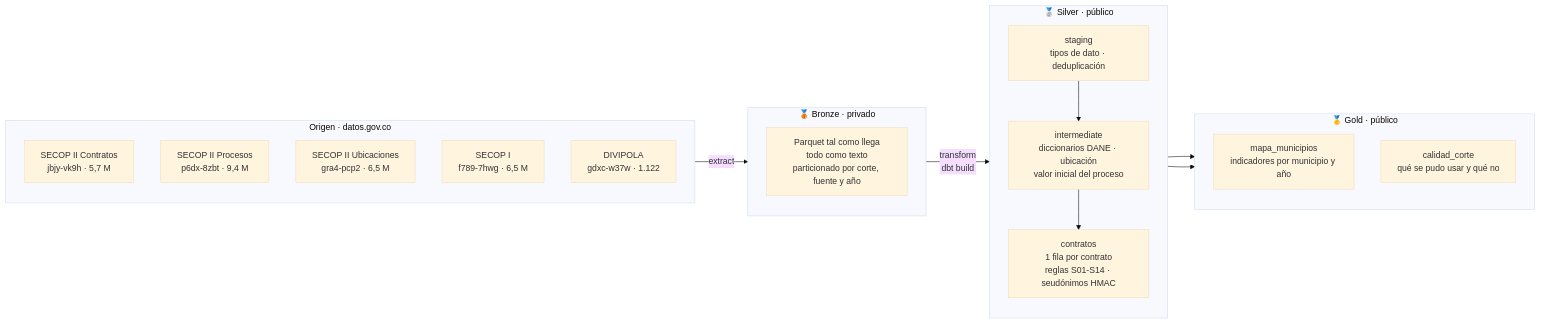
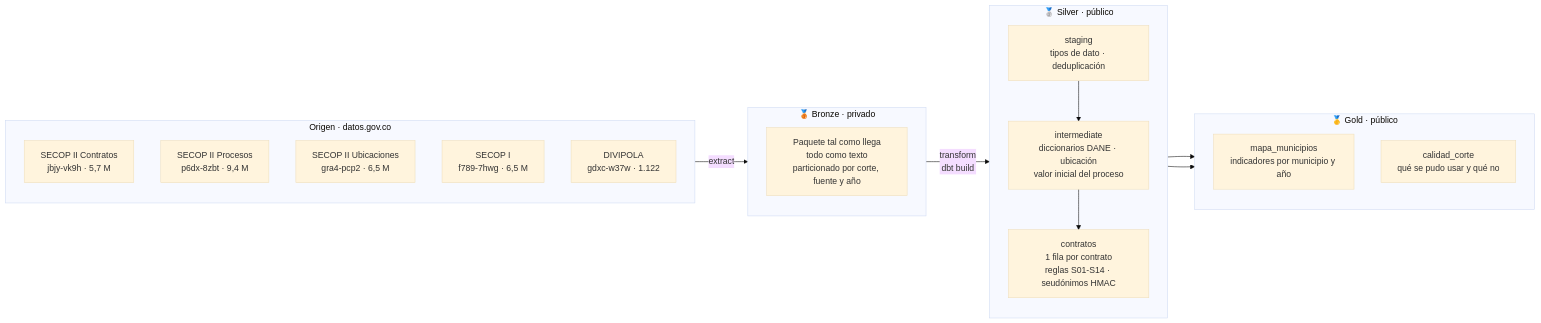
The second of 5 diagrams in docs/arquitectura-datos.md (EKOU-Solutions/EKOU-Elephants), drawn with Mermaid (base theme) before and after one commit. The commit also changed other lines of this file, not shown here.

Commit message:
Fix: arreglar gramatica, quitar verce

````diff
--- a/docs/arquitectura-datos.md
+++ b/docs/arquitectura-datos.md
@@ -28,35 +28,35 @@
 ```mermaid
 flowchart LR
     subgraph ORIGEN["Origen · datos.gov.co"]
         direction TB
         S2C["SECOP II Contratos<br/>jbjy-vk9h · 5,7 M"]
         S2P["SECOP II Procesos<br/>p6dx-8zbt · 9,4 M"]
         S2U["SECOP II Ubicaciones<br/>gra4-pcp2 · 6,5 M"]
         S1["SECOP I<br/>f789-7hwg · 6,5 M"]
         DV["DIVIPOLA<br/>gdxc-w37w · 1.122"]
     end
 
     subgraph BRONZE["🥉 Bronze · privado"]
         direction TB
-        B["Parquet tal como llega<br/>todo como texto<br/>particionado por corte, fuente y año"]
+        B["Paquete tal como llega<br/>todo como texto<br/>particionado por corte, fuente y año"]
     end
 
     subgraph SILVER["🥈 Silver · público"]
         direction TB
         ST["staging<br/>tipos de dato · deduplicación"]
         INT["intermediate<br/>diccionarios DANE · ubicación<br/>valor inicial del proceso"]
         CT["contratos<br/>1 fila por contrato<br/>reglas S01-S14 · seudónimos HMAC"]
         ST --> INT --> CT
     end
 
     subgraph GOLD["🥇 Gold · público"]
         direction TB
         MAP["mapa_municipios<br/>indicadores por municipio y año"]
         CAL["calidad_corte<br/>qué se pudo usar y qué no"]
     end
 
     ORIGEN -->|"extract"| BRONZE
     BRONZE -->|"transform<br/>dbt build"| SILVER
     CT --> MAP
     CT --> CAL
 ```
````
